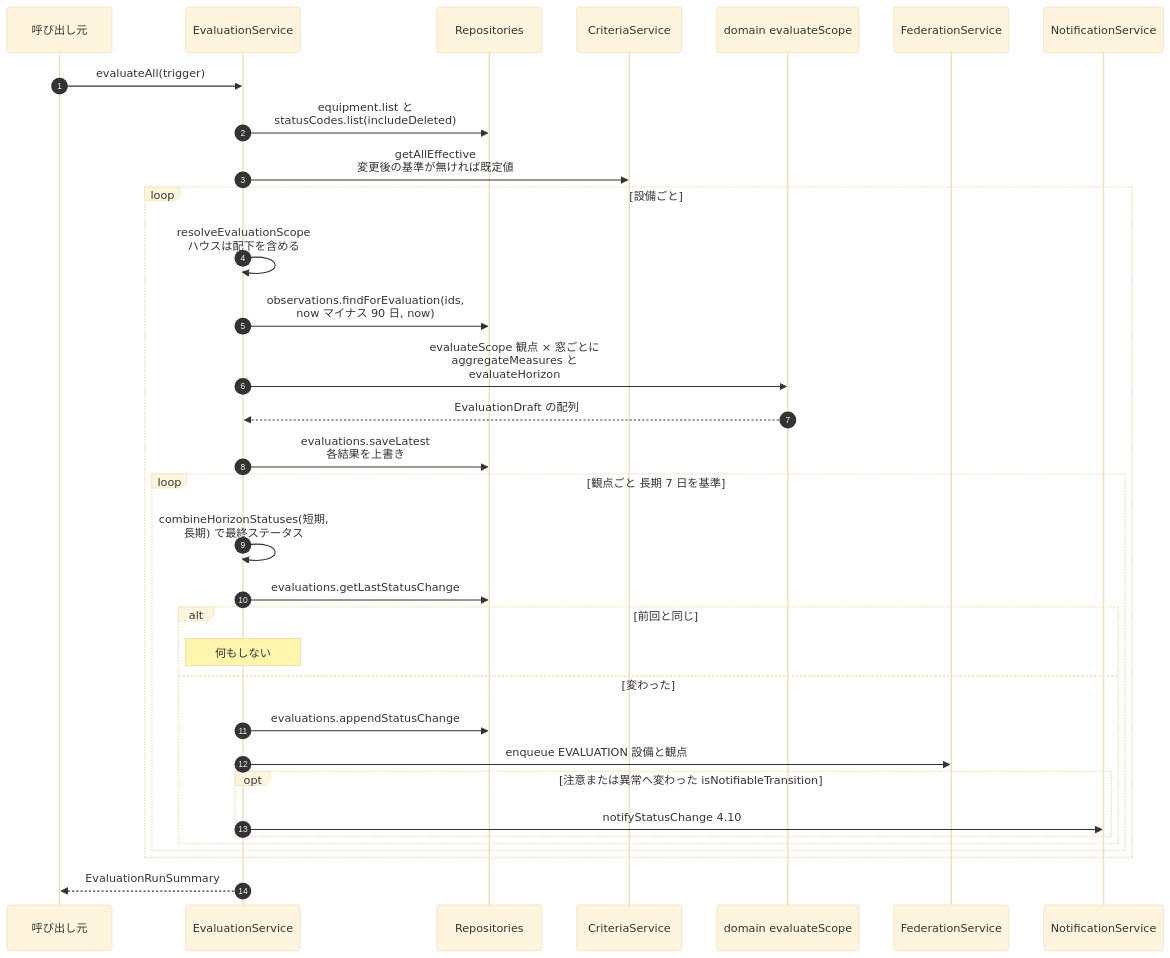
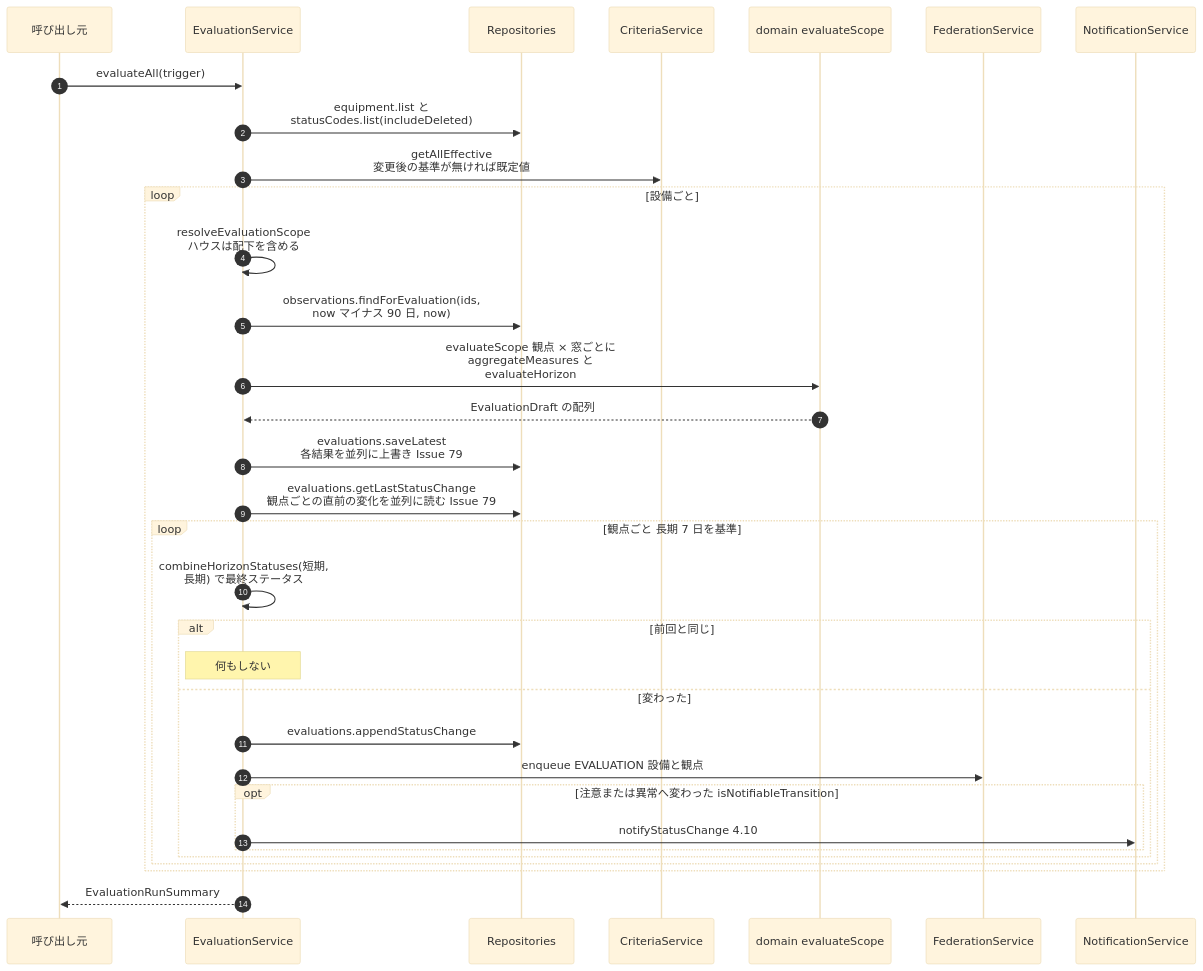
Before and after one commit to NS-APU/smart-farm-monitoring: diagram 15 of 46 in docs/10_design/architecture/as-built.md, drawn with Mermaid (base theme). The commit also changed other lines of this file and 4 other files, not shown here.

````diff
--- a/docs/10_design/architecture/as-built.md
+++ b/docs/10_design/architecture/as-built.md
@@ -1299,36 +1299,36 @@
 ```mermaid
 sequenceDiagram
   autonumber
   participant C as 呼び出し元
   participant EV as EvaluationService
   participant REP as Repositories
   participant CS as CriteriaService
   participant DOM as domain evaluateScope
   participant FS as FederationService
   participant NS as NotificationService
 
   C->>EV: evaluateAll(trigger)
   EV->>REP: equipment.list と<br>statusCodes.list(includeDeleted)
   EV->>CS: getAllEffective<br>変更後の基準が無ければ既定値
   loop 設備ごと
     EV->>EV: resolveEvaluationScope<br>ハウスは配下を含める
     EV->>REP: observations.findForEvaluation(ids,<br>now マイナス 90 日, now)
     EV->>DOM: evaluateScope 観点 × 窓ごとに<br>aggregateMeasures と<br>evaluateHorizon
     DOM-->>EV: EvaluationDraft の配列
-    EV->>REP: evaluations.saveLatest<br>各結果を上書き
+    EV->>REP: evaluations.saveLatest<br>各結果を並列に上書き Issue 79
+    EV->>REP: evaluations.getLastStatusChange<br>観点ごとの直前の変化を並列に読む Issue 79
     loop 観点ごと 長期 7 日を基準
       EV->>EV: combineHorizonStatuses(短期,<br>長期) で最終ステータス
-      EV->>REP: evaluations.getLastStatusChange
       alt 前回と同じ
         Note over EV: 何もしない
       else 変わった
         EV->>REP: evaluations.appendStatusChange
         EV->>FS: enqueue EVALUATION 設備と観点
         opt 注意または異常へ変わった isNotifiableTransition
           EV->>NS: notifyStatusChange 4.10
         end
       end
     end
   end
   EV-->>C: EvaluationRunSummary
 ```
````
